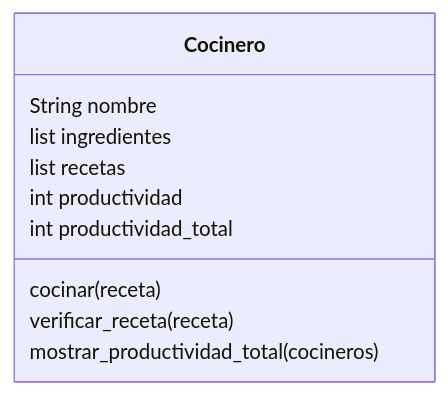
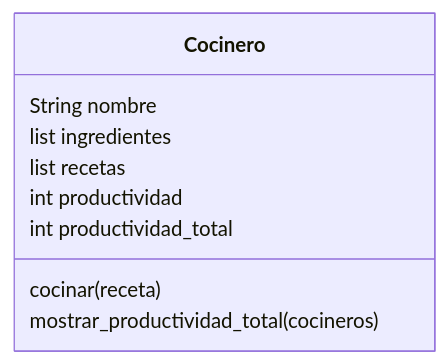
One commit to bk320/psg-oop-2025 changed the diagram in retos_sesion_03/ejercicio_02.md. Above: the diagram before and after it, drawn with Mermaid. The commit also changed other lines of this file, not shown here.

````diff
--- a/retos_sesion_03/ejercicio_02.md
+++ b/retos_sesion_03/ejercicio_02.md
@@ -38,13 +38,12 @@
 ```mermaid
 classDiagram
     class Cocinero {
         String nombre
         list ingredientes
         list recetas
         int productividad
         int productividad_total
         cocinar(receta)
-        verificar_receta(receta)
         mostrar_productividad_total(cocineros)
     }
 ```
````
